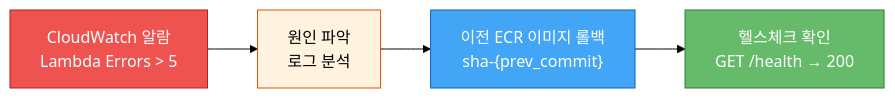
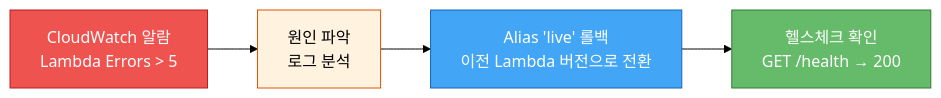
Before and after one commit to revenantonthemission/2-cho-community-fe: diagram 16 of 18 in report.md, drawn with Mermaid (forest theme). The commit also changed other lines of this file and 1 other file, not shown here.

````diff
--- a/report.md
+++ b/report.md
@@ -868,14 +894,14 @@
 ```mermaid
 flowchart LR
     Detect["CloudWatch 알람<br/>Lambda Errors > 5"]
     Identify["원인 파악<br/>로그 분석"]
-    Rollback["이전 ECR 이미지 롤백<br/>sha-{prev_commit}"]
+    Rollback["Alias 'live' 롤백<br/>이전 Lambda 버전으로 전환"]
     Verify["헬스체크 확인<br/>GET /health → 200"]
 
     Detect --> Identify --> Rollback --> Verify
 
     style Detect fill:#ef5350,color:#fff,stroke:#b71c1c
     style Identify fill:#fff3e0,stroke:#e65100
     style Rollback fill:#42a5f5,color:#fff,stroke:#1565c0
     style Verify fill:#66bb6a,color:#fff,stroke:#2e7d32
 ```
````
